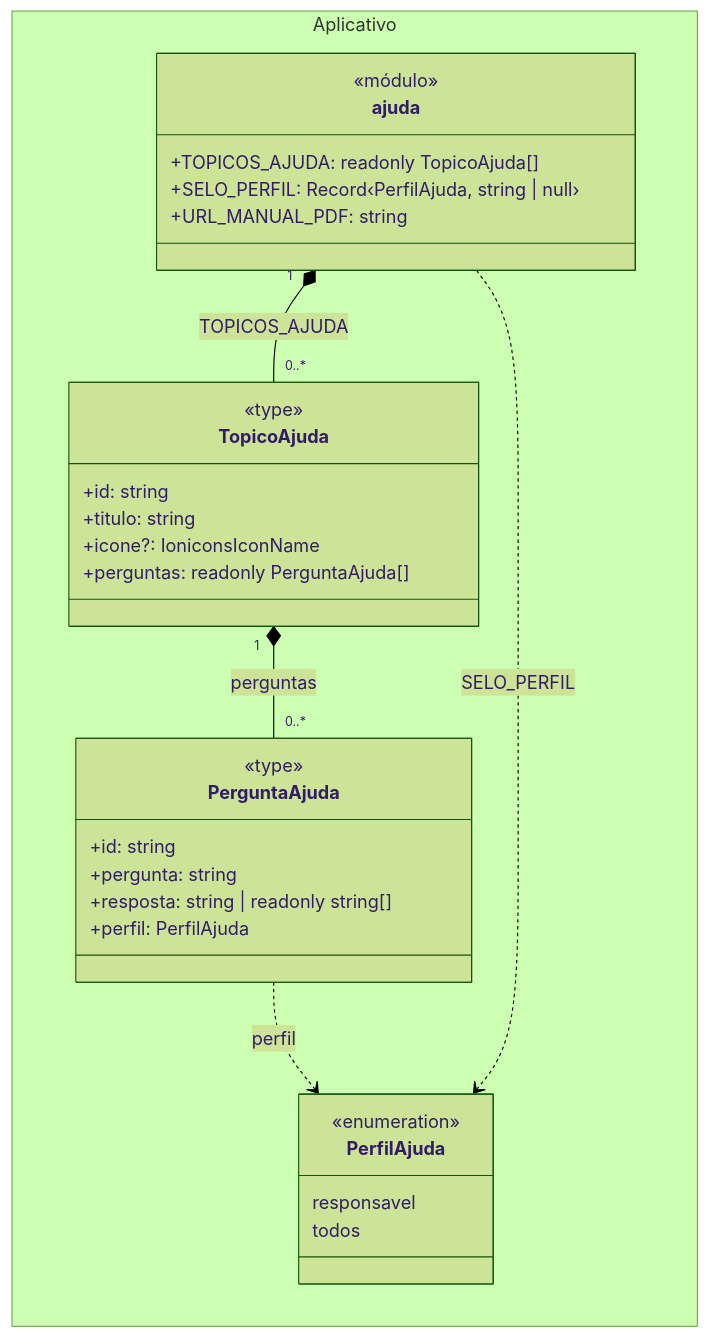
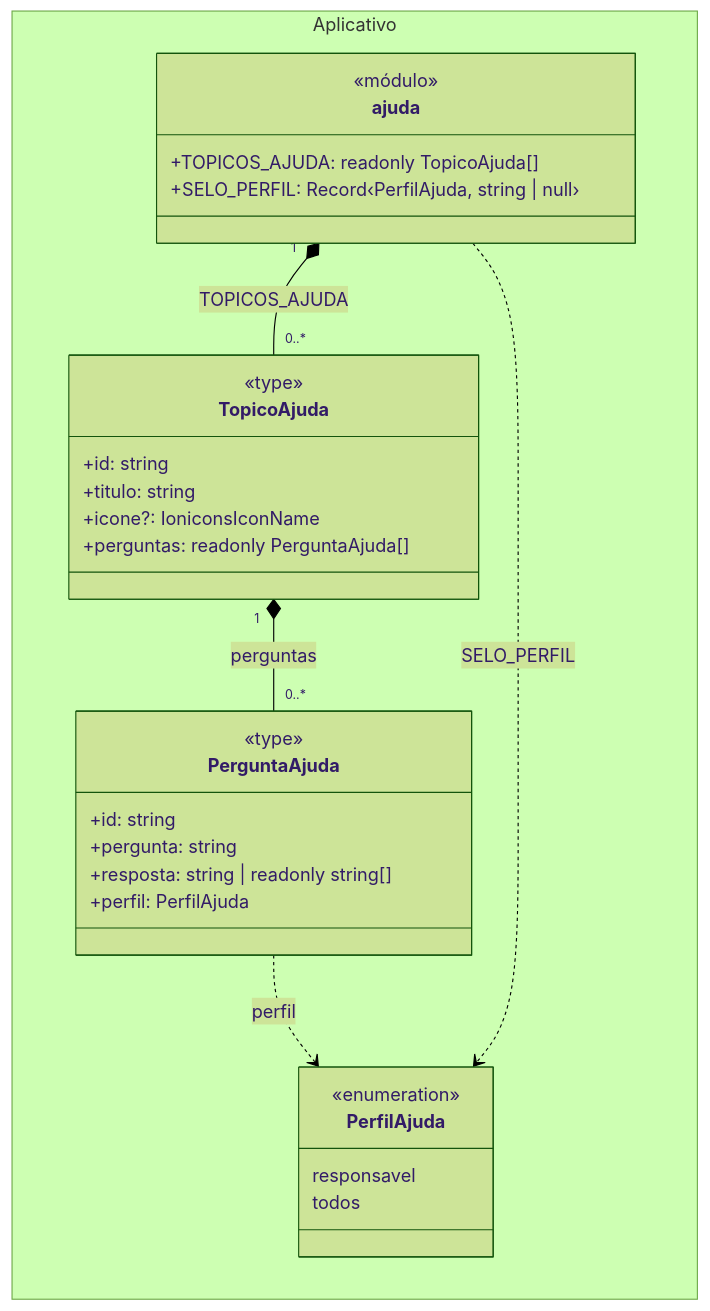
The first of 3 diagrams in 4 - Incremento3/manual-de-utilizacao/3 - diagrama-classes-manual-de-utilizacao.md (Conecta-IFSP/DOCUMENTATION), drawn with Mermaid (forest theme) before and after one commit. The commit also changed other lines of this file and 10 other files, not shown here.

Commit message:
R4: manual em PDF dentro do app, offline (docs, testes e PDF corrigido)

````diff
--- a/4 - Incremento3/manual-de-utilizacao/3 - diagrama-classes-manual-de-utilizacao.md
+++ b/4 - Incremento3/manual-de-utilizacao/3 - diagrama-classes-manual-de-utilizacao.md
@@ -17,37 +17,36 @@
 ```mermaid
 classDiagram
     direction LR
 
     namespace Aplicativo {
         class ajuda {
             <<módulo>>
             +TOPICOS_AJUDA: readonly TopicoAjuda[]
             +SELO_PERFIL: Record‹PerfilAjuda, string | null›
-            +URL_MANUAL_PDF: string
         }
         class TopicoAjuda {
             <<type>>
             +id: string
             +titulo: string
             +icone?: IoniconsIconName
             +perguntas: readonly PerguntaAjuda[]
         }
         class PerguntaAjuda {
             <<type>>
             +id: string
             +pergunta: string
             +resposta: string | readonly string[]
             +perfil: PerfilAjuda
         }
         class PerfilAjuda {
             <<enumeration>>
             responsavel
             todos
         }
     }
 
     ajuda "1" *-- "0..*" TopicoAjuda : TOPICOS_AJUDA
     TopicoAjuda "1" *-- "0..*" PerguntaAjuda : perguntas
     PerguntaAjuda ..> PerfilAjuda : perfil
     ajuda ..> PerfilAjuda : SELO_PERFIL
 ```
````
